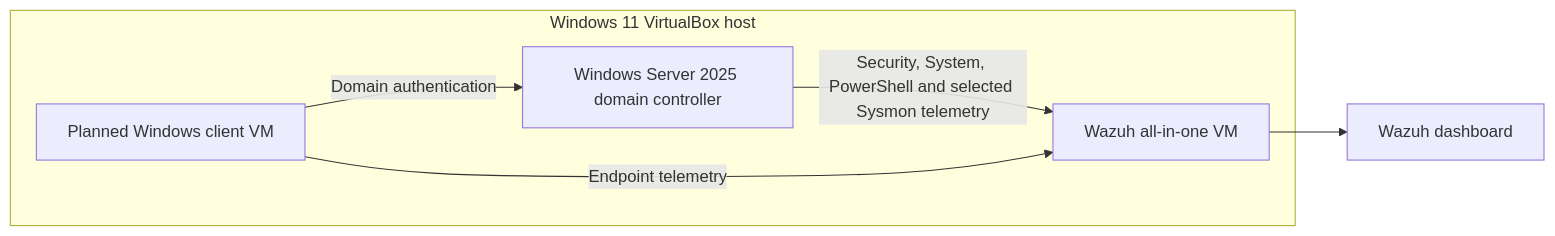
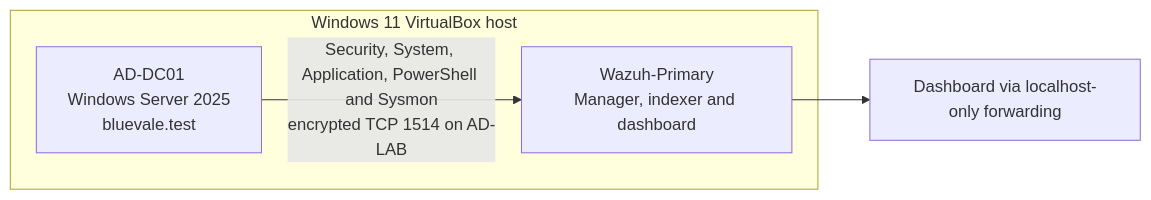
Before and after one commit to Abdullahchoglay/active-directory-detection-lab: the diagram in README.md, drawn with Mermaid. The commit also changed other lines of this file and 23 other files, not shown here.

````diff
--- a/README.md
+++ b/README.md
@@ -13,12 +20,9 @@
 ```mermaid
 flowchart LR
     subgraph Host[Windows 11 VirtualBox host]
-        W[Wazuh all-in-one VM]
-        DC[Windows Server 2025 domain controller]
-        C[Planned Windows client VM]
+        DC[AD-DC01<br/>Windows Server 2025<br/>bluevale.test]
+        W[Wazuh-Primary<br/>Manager, indexer and dashboard]
     end
-    C -->|Domain authentication| DC
-    DC -->|Security, System, PowerShell and selected Sysmon telemetry| W
-    C -->|Endpoint telemetry| W
-    W --> D[Wazuh dashboard]
+    DC -->|Security, System, Application, PowerShell and Sysmon<br/>encrypted TCP 1514 on AD-LAB| W
+    W --> D[Dashboard via localhost-only forwarding]
 ```
````
